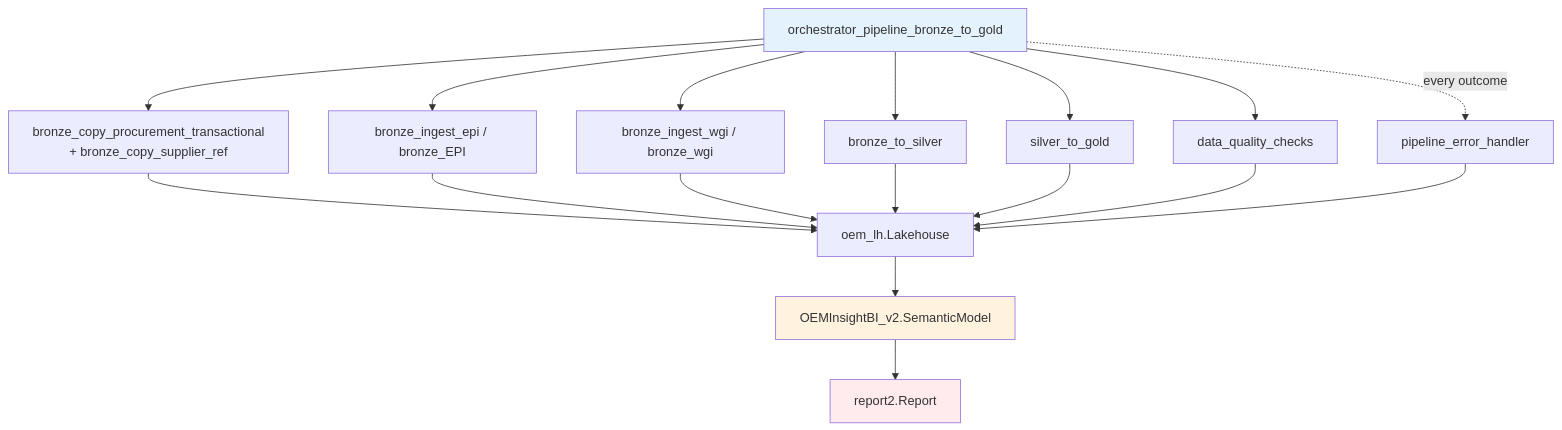
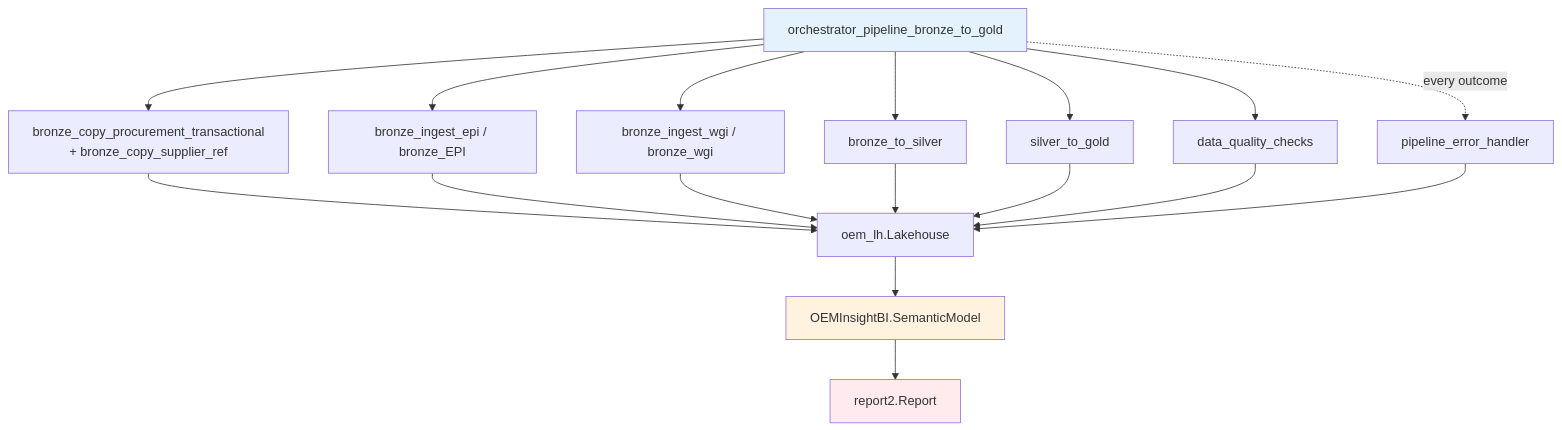
The diagram in docs/architecture/fabric-artifacts-inventory.md (erikemilsson/OEMMatInsightBI), drawn with Mermaid before and after one commit. The commit also changed other lines of this file and 40 other files, not shown here.

````diff
--- a/docs/architecture/fabric-artifacts-inventory.md
+++ b/docs/architecture/fabric-artifacts-inventory.md
@@ -67,34 +67,34 @@
 ```mermaid
 graph TD
     Pipeline[orchestrator_pipeline_bronze_to_gold]
 
     BC1[bronze_copy_procurement_transactional<br/>+ bronze_copy_supplier_ref]
     BE[bronze_ingest_epi / bronze_EPI]
     BW[bronze_ingest_wgi / bronze_wgi]
 
     BS[bronze_to_silver]
     SG[silver_to_gold]
     DQ[data_quality_checks]
     EH[pipeline_error_handler]
 
     LH[oem_lh.Lakehouse]
-    SM[OEMInsightBI_v2.SemanticModel]
+    SM[OEMInsightBI.SemanticModel]
     Report[report2.Report]
 
     Pipeline --> BC1 & BE & BW & BS & SG & DQ
     BC1 --> LH
     BE --> LH
     BW --> LH
     BS --> LH
     SG --> LH
     DQ --> LH
     Pipeline -.every outcome.-> EH
     EH --> LH
 
     LH --> SM
     SM --> Report
 
     style Pipeline fill:#e3f2fd
     style SM fill:#fff3e0
     style Report fill:#ffebee
 ```
````
